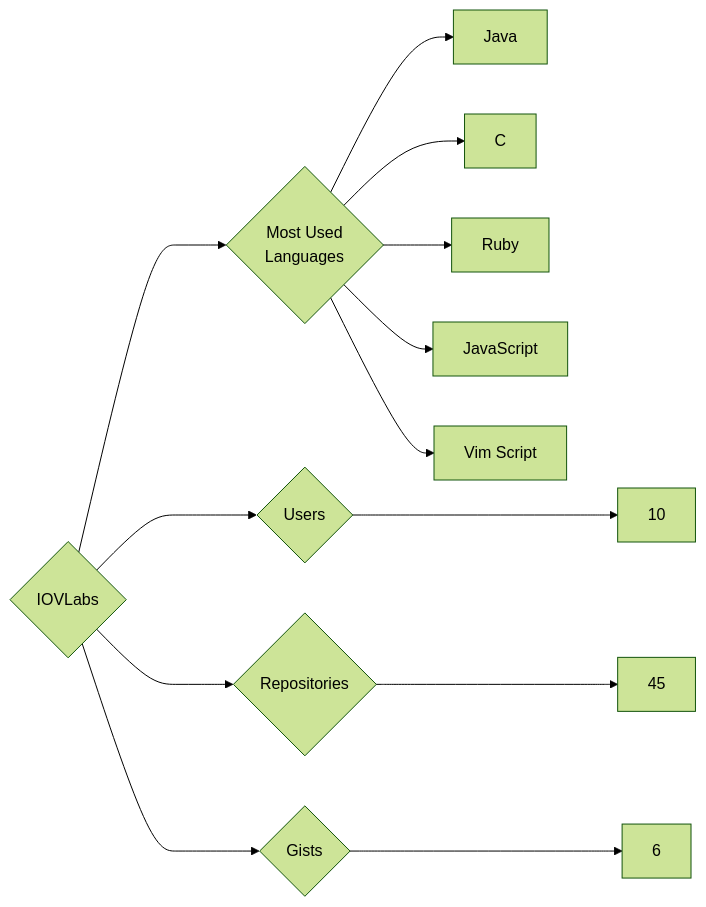
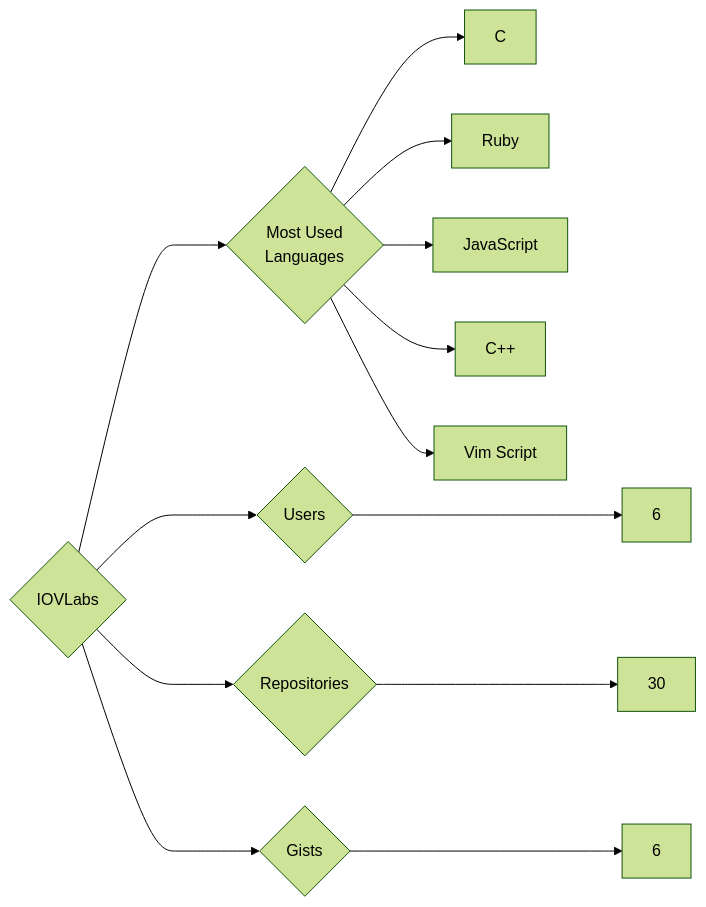
One commit to trickest/insiders changed the diagram in targets/IOVLabs/README.md. Above: the diagram before and after it, drawn with Mermaid (forest theme). The commit also changed 1084 other files, not shown here.

````diff
--- a/targets/IOVLabs/README.md
+++ b/targets/IOVLabs/README.md
@@ -3,13 +3,13 @@
 ```mermaid
 graph LR
 COMPANY_NAME{IOVLabs}
-COMPANY_NAME ---> U{Users} ---> UN[10]
-COMPANY_NAME ---> R{Repositories} ---> RN[45]
+COMPANY_NAME ---> U{Users} ---> UN[6]
+COMPANY_NAME ---> R{Repositories} ---> RN[30]
 COMPANY_NAME ---> G{Gists} ---> GN[6]
 COMPANY_NAME ---> ML{Most Used<br>Languages}
-ML --> Java[Java]
 ML --> C[C]
 ML --> Ruby[Ruby]
 ML --> JavaScript[JavaScript]
+ML --> C++[C++]
 ML --> Vim_Script[Vim Script]
 ```
````
